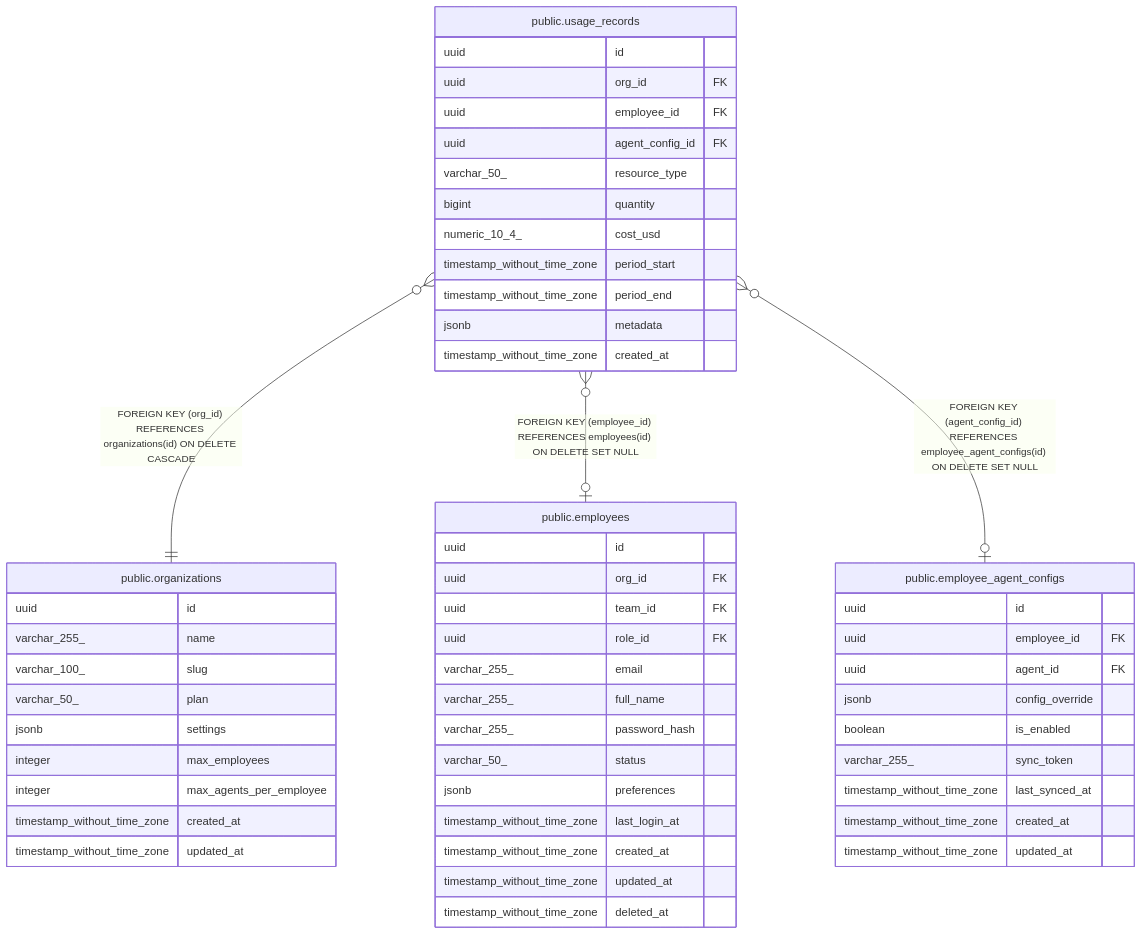
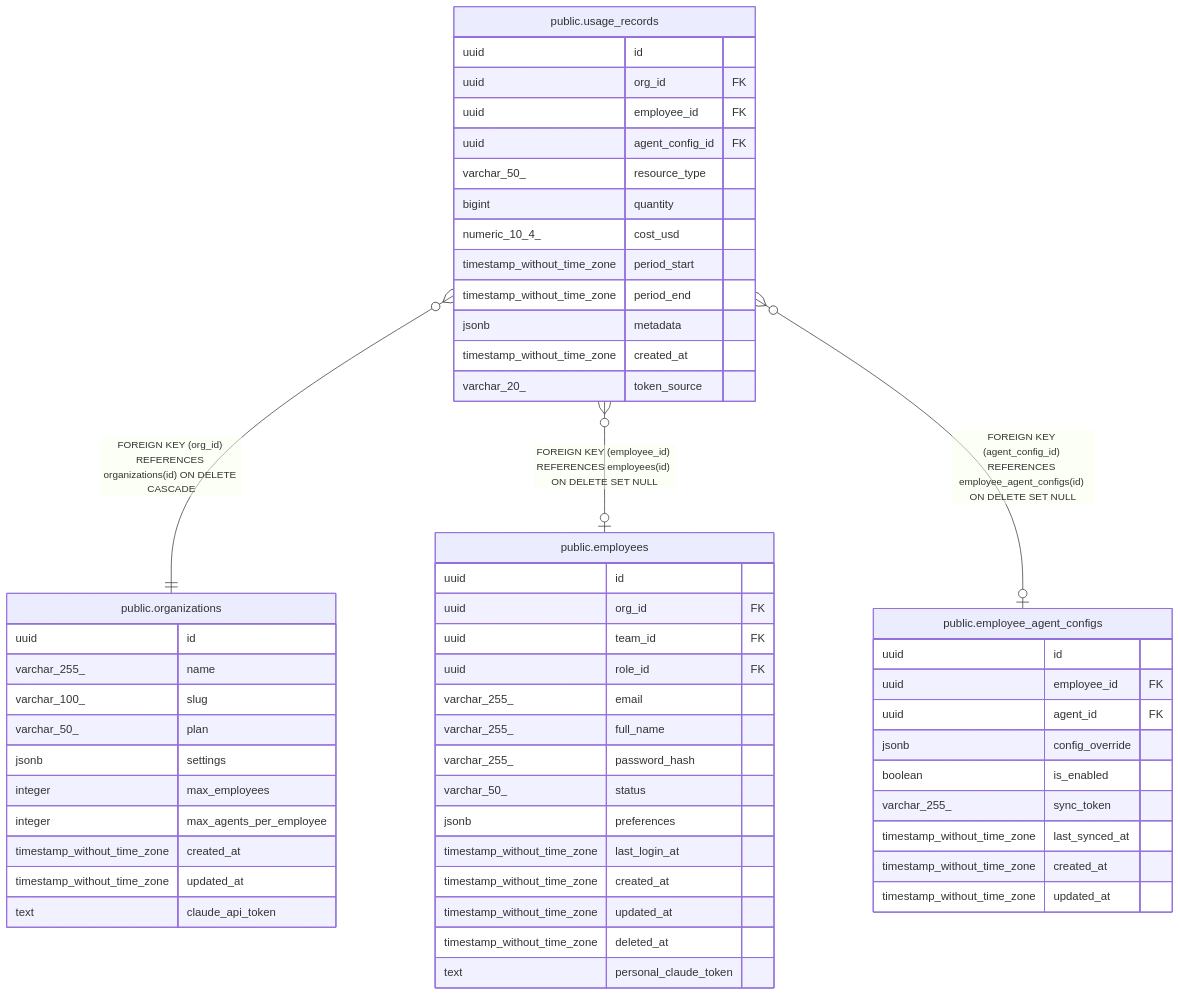
The diagram in docs/public.usage_records.md (rastrigin-systems/arfa), drawn with Mermaid before and after one commit. The commit also changed other lines of this file and 50 other files, not shown here.

````diff
--- a/docs/public.usage_records.md
+++ b/docs/public.usage_records.md
@@ -42,58 +44,61 @@
 ```mermaid
 erDiagram
 
 "public.usage_records" }o--|| "public.organizations" : "FOREIGN KEY (org_id) REFERENCES organizations(id) ON DELETE CASCADE"
 "public.usage_records" }o--o| "public.employees" : "FOREIGN KEY (employee_id) REFERENCES employees(id) ON DELETE SET NULL"
 "public.usage_records" }o--o| "public.employee_agent_configs" : "FOREIGN KEY (agent_config_id) REFERENCES employee_agent_configs(id) ON DELETE SET NULL"
 
 "public.usage_records" {
   uuid id
   uuid org_id FK
   uuid employee_id FK
   uuid agent_config_id FK
   varchar_50_ resource_type
   bigint quantity
   numeric_10_4_ cost_usd
   timestamp_without_time_zone period_start
   timestamp_without_time_zone period_end
   jsonb metadata
   timestamp_without_time_zone created_at
+  varchar_20_ token_source
 }
 "public.organizations" {
   uuid id
   varchar_255_ name
   varchar_100_ slug
   varchar_50_ plan
   jsonb settings
   integer max_employees
   integer max_agents_per_employee
   timestamp_without_time_zone created_at
   timestamp_without_time_zone updated_at
+  text claude_api_token
 }
 "public.employees" {
   uuid id
   uuid org_id FK
   uuid team_id FK
   uuid role_id FK
   varchar_255_ email
   varchar_255_ full_name
   varchar_255_ password_hash
   varchar_50_ status
   jsonb preferences
   timestamp_without_time_zone last_login_at
   timestamp_without_time_zone created_at
   timestamp_without_time_zone updated_at
   timestamp_without_time_zone deleted_at
+  text personal_claude_token
 }
 "public.employee_agent_configs" {
   uuid id
   uuid employee_id FK
   uuid agent_id FK
   jsonb config_override
   boolean is_enabled
   varchar_255_ sync_token
   timestamp_without_time_zone last_synced_at
   timestamp_without_time_zone created_at
   timestamp_without_time_zone updated_at
 }
 ```
````
